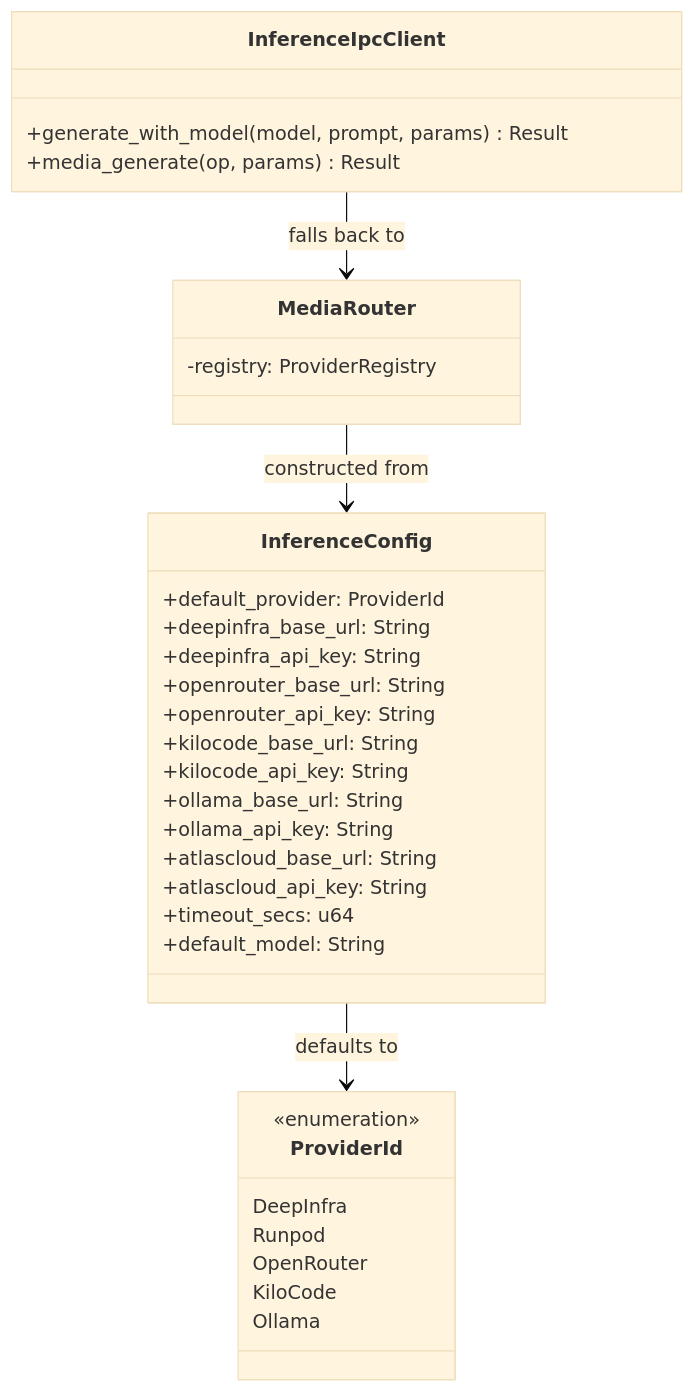
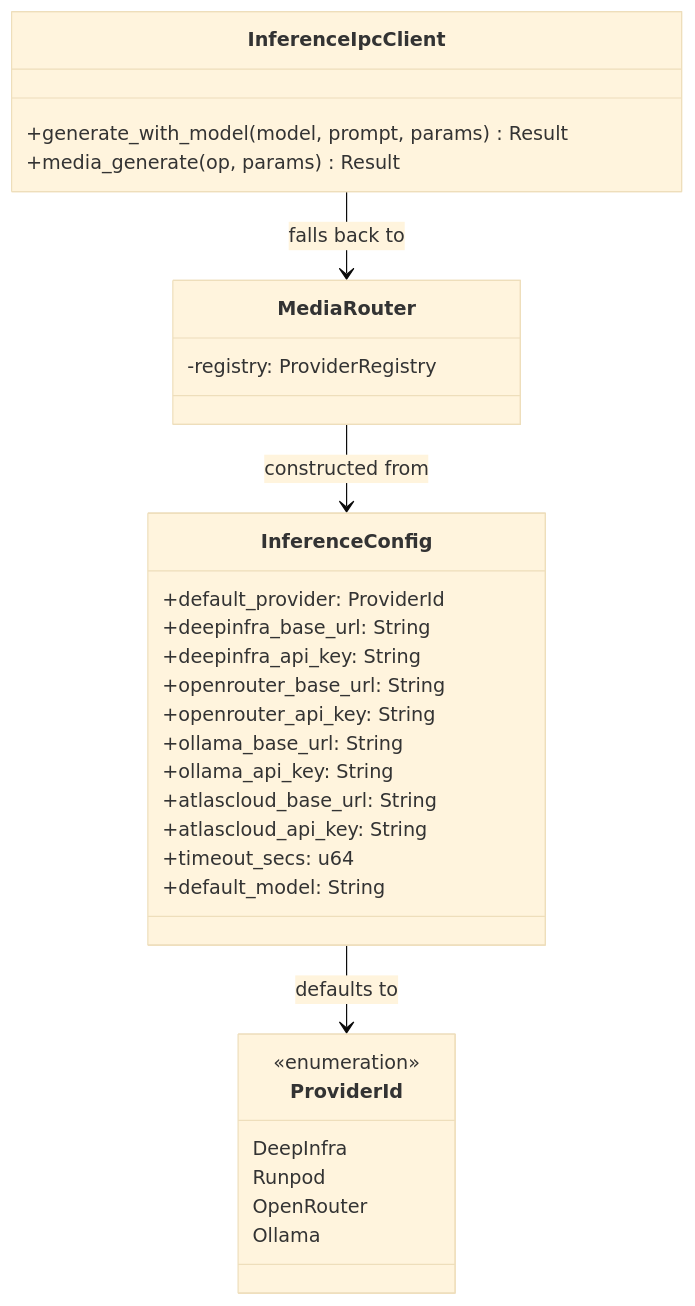
The diagram in kask/docs/diataxis/hkask-inference/reference.md (mdz-axo/zed-kask), drawn with Mermaid (base theme) before and after one commit. The commit also changed other lines of this file and 39 other files, not shown here.

First line of the commit message:
Remove KiloCode inference provider

````diff
--- a/kask/docs/diataxis/hkask-inference/reference.md
+++ b/kask/docs/diataxis/hkask-inference/reference.md
@@ -49,37 +49,34 @@
 ```mermaid
 classDiagram
     class ProviderId {
         <<enumeration>>
         DeepInfra
         Runpod
         OpenRouter
-        KiloCode
         Ollama
     }
     class InferenceConfig {
         +default_provider: ProviderId
         +deepinfra_base_url: String
         +deepinfra_api_key: String
         +openrouter_base_url: String
         +openrouter_api_key: String
-        +kilocode_base_url: String
-        +kilocode_api_key: String
         +ollama_base_url: String
         +ollama_api_key: String
         +atlascloud_base_url: String
         +atlascloud_api_key: String
         +timeout_secs: u64
         +default_model: String
     }
     class MediaRouter {
         -registry: ProviderRegistry
     }
     class InferenceIpcClient {
         +generate_with_model(model, prompt, params) Result
         +media_generate(op, params) Result
     }
 
     MediaRouter --> InferenceConfig : constructed from
     InferenceIpcClient --> MediaRouter : falls back to
     InferenceConfig --> ProviderId : defaults to
 ```
````
